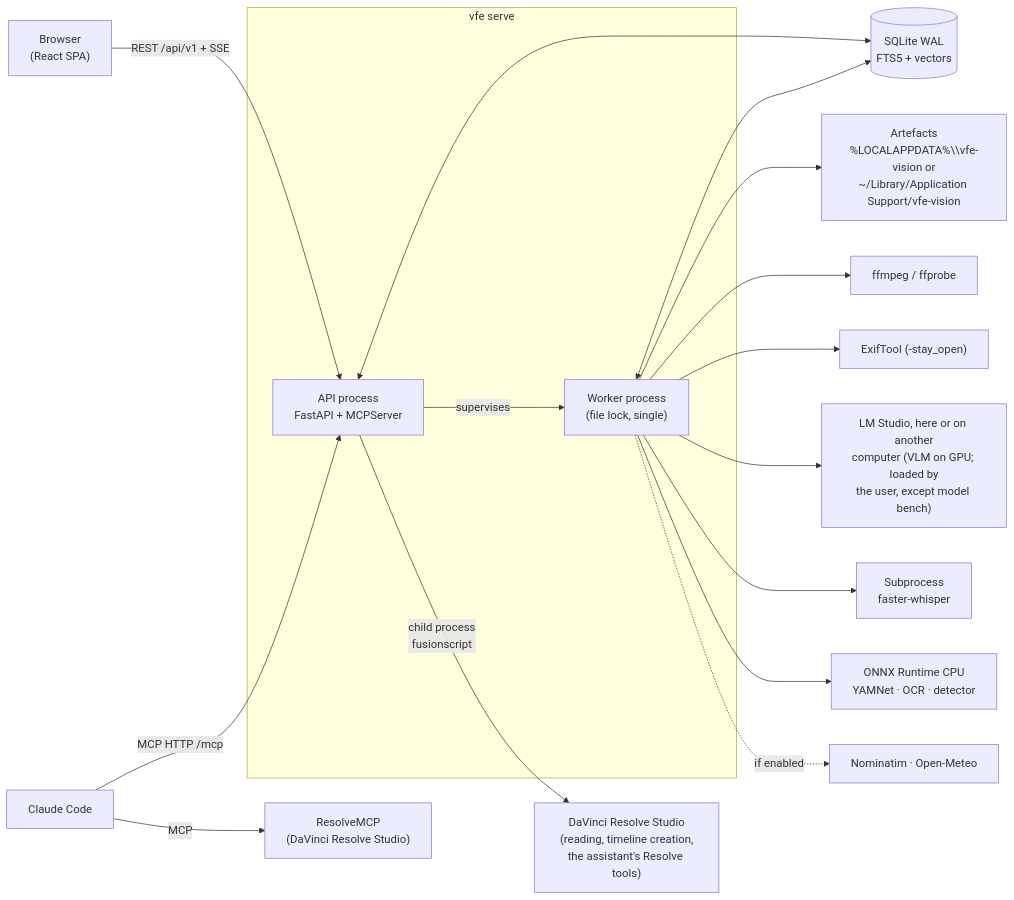
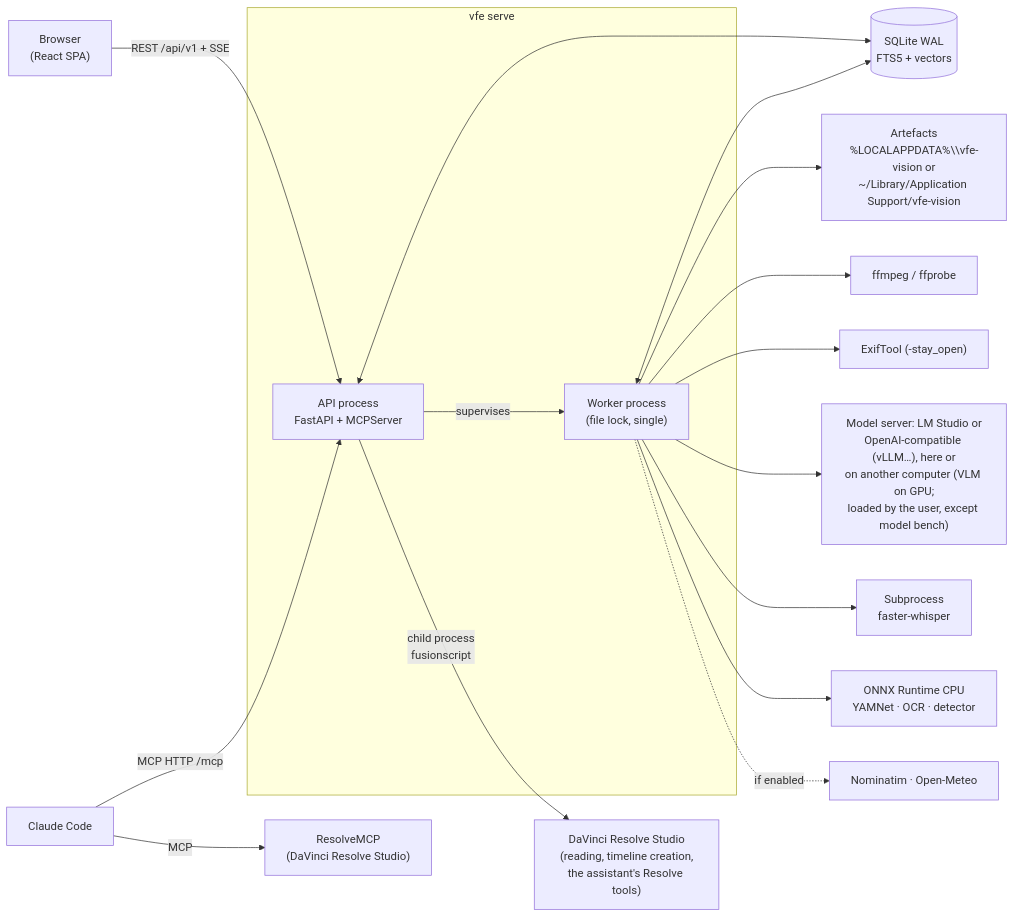
Before and after one commit to VideoFrameExpedition/video-frame-expedition-resolve: the diagram in docs/architecture.md, drawn with Mermaid. The commit also changed other lines of this file and 51 other files, not shown here.

First line of the commit message:
Use an OpenAI-compatible model server (vLLM…) next to LM Studio, version 1.4.0

````diff
--- a/docs/architecture.md
+++ b/docs/architecture.md
@@ -7,23 +7,23 @@
 ```mermaid
 flowchart LR
     Browser["Browser<br/>(React SPA)"] -- "REST /api/v1 + SSE" --> API
     Claude["Claude Code"] -- "MCP HTTP /mcp" --> API
     Claude -- "MCP" --> Resolve["ResolveMCP<br/>(DaVinci Resolve Studio)"]
     API -- "child process<br/>fusionscript" --> ResolveApp["DaVinci Resolve Studio<br/>(reading, timeline creation,<br/>the assistant's Resolve tools)"]
 
     subgraph serve["vfe serve"]
         API["API process<br/>FastAPI + MCPServer"]
         Worker["Worker process<br/>(file lock, single)"]
         API -- "supervises" --> Worker
     end
 
     API <--> DB[("SQLite WAL<br/>FTS5 + vectors")]
     Worker <--> DB
     Worker --> Artifacts["Artefacts<br/>%LOCALAPPDATA%\\vfe-vision or<br/>~/Library/Application Support/vfe-vision"]
     Worker --> FFmpeg["ffmpeg / ffprobe"]
     Worker --> ExifTool["ExifTool (-stay_open)"]
-    Worker --> LMStudio["LM Studio, here or on another<br/>computer (VLM on GPU; loaded by<br/>the user, except model bench)"]
+    Worker --> LMStudio["Model server: LM Studio or<br/>OpenAI-compatible (vLLM…), here or<br/>on another computer (VLM on GPU;<br/>loaded by the user, except model bench)"]
     Worker --> ASR["Subprocess<br/>faster-whisper"]
     Worker --> ONNX["ONNX Runtime CPU<br/>YAMNet · OCR · detector"]
     Worker -. "if enabled" .-> Web["Nominatim · Open-Meteo"]
 ```
````
